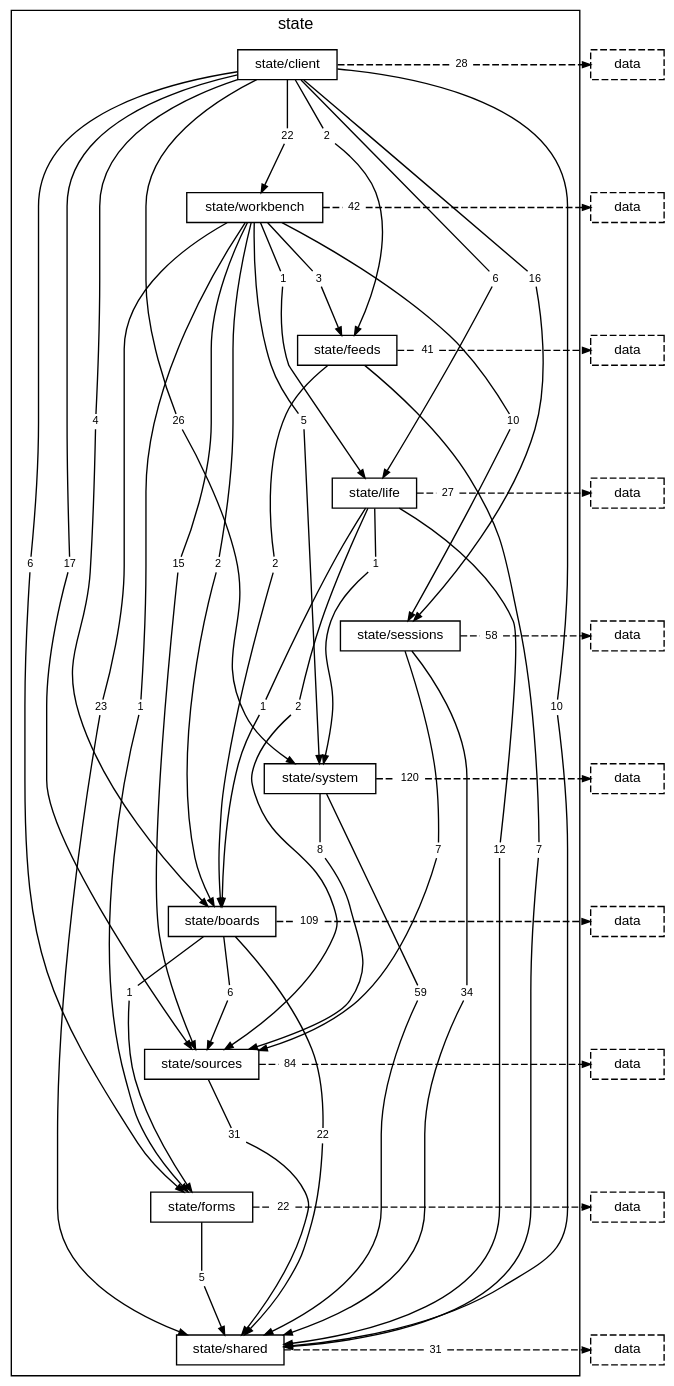
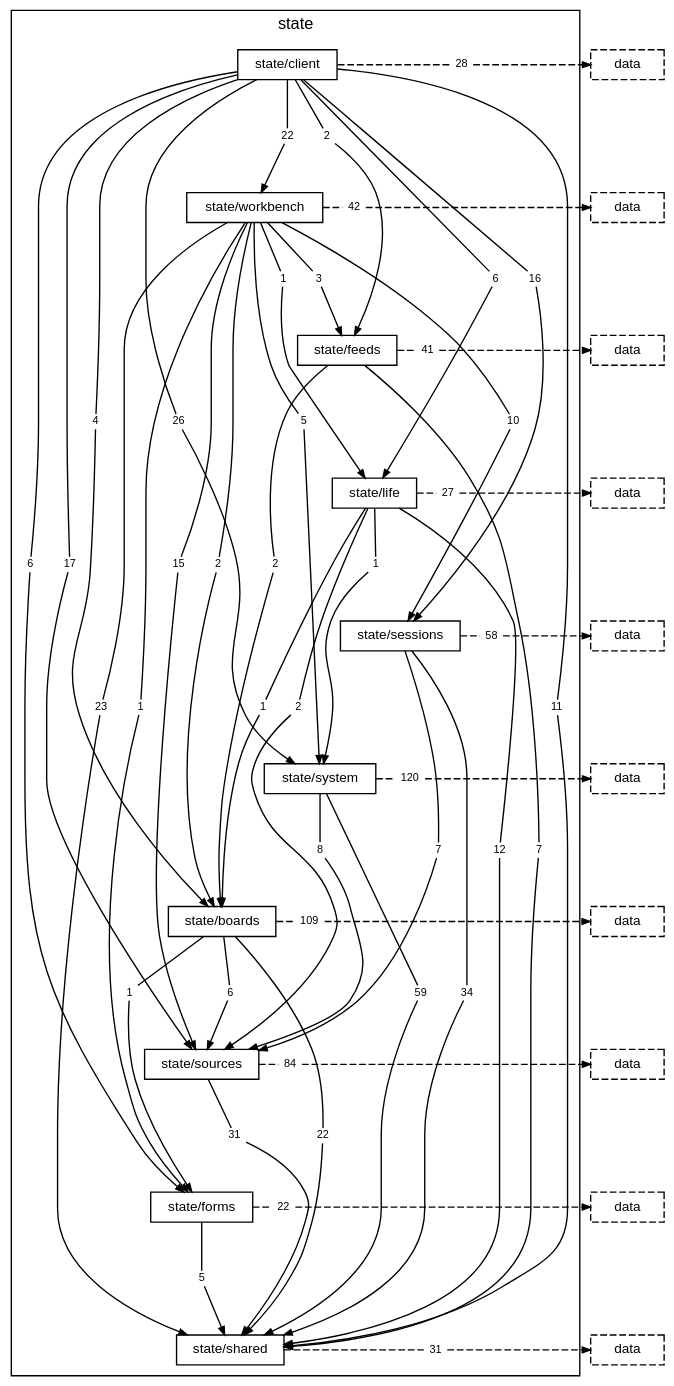
The diagram in docs/diagrams/layer-state.dot (TheAxeC/oculus), drawn with Graphviz before and after one commit. The commit also changed 55 other files, not shown here.

```diff
--- a/docs/diagrams/layer-state.dot
+++ b/docs/diagrams/layer-state.dot
@@ -19,7 +19,7 @@
         "folder state/client to folder state/forms" [label="6", shape=box, color="transparent", fontsize=8, width=0, height=0, margin="0.04,0.02"];
         "folder state/client to folder state/life" [label="6", shape=box, color="transparent", fontsize=8, width=0, height=0, margin="0.04,0.02"];
         "folder state/client to folder state/sessions" [label="16", shape=box, color="transparent", fontsize=8, width=0, height=0, margin="0.04,0.02"];
-        "folder state/client to folder state/shared" [label="10", shape=box, color="transparent", fontsize=8, width=0, height=0, margin="0.04,0.02"];
+        "folder state/client to folder state/shared" [label="11", shape=box, color="transparent", fontsize=8, width=0, height=0, margin="0.04,0.02"];
         "folder state/client to folder state/sources" [label="17", shape=box, color="transparent", fontsize=8, width=0, height=0, margin="0.04,0.02"];
         "folder state/client to folder state/system" [label="26", shape=box, color="transparent", fontsize=8, width=0, height=0, margin="0.04,0.02"];
         "folder state/client to folder state/workbench" [label="22", shape=box, color="transparent", fontsize=8, width=0, height=0, margin="0.04,0.02"];
```
